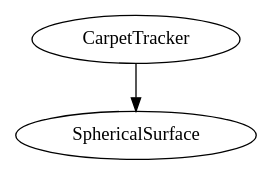
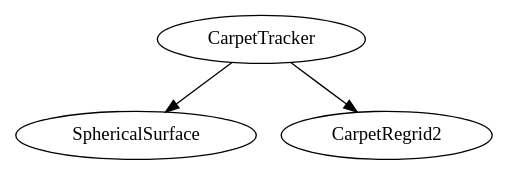
One commit to YuLiumt/Cactus changed the diagram in note/Carpet.rst. Above: the diagram before and after it, drawn with Graphviz. The commit also changed other lines of this file and 76 other files, not shown here.

```diff
--- a/note/Carpet.rst
+++ b/note/Carpet.rst
@@ -129,3 +129,4 @@
 .. digraph:: foo
 
    "CarpetTracker" -> "SphericalSurface";
+   "CarpetTracker" -> "CarpetRegrid2";
```
